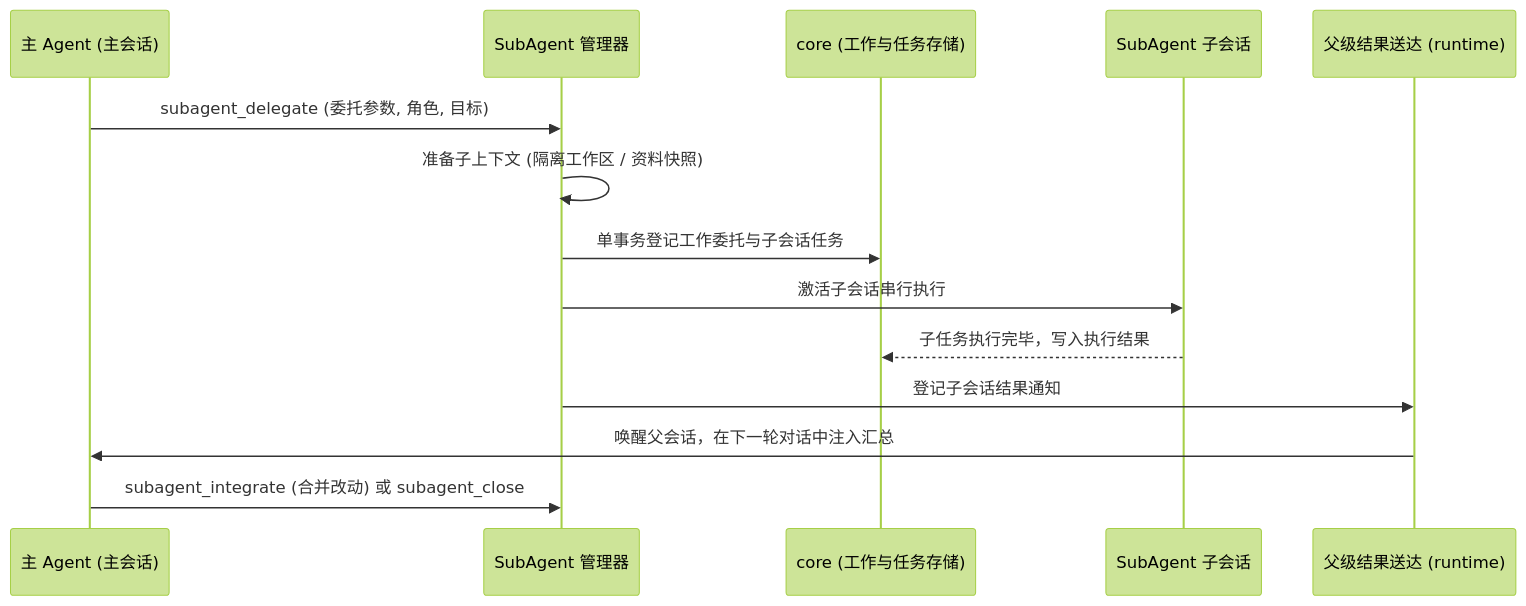
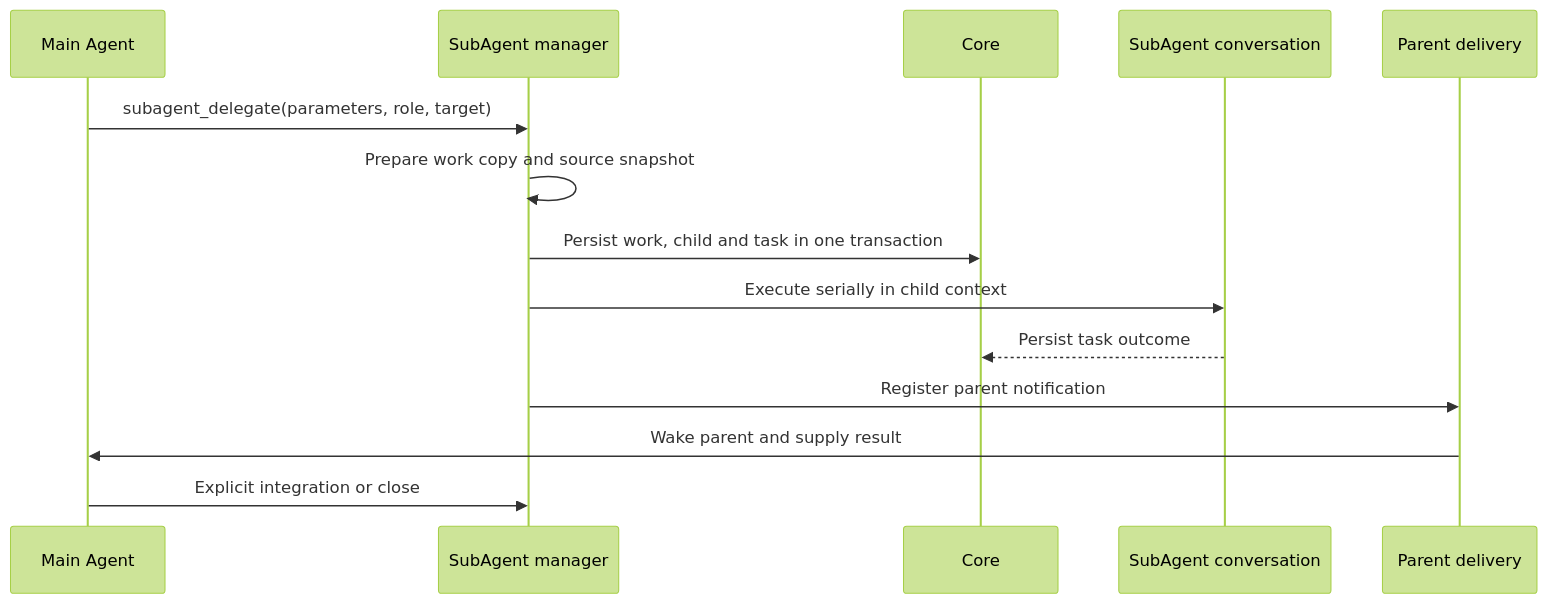
One commit to num-lab/Ruukoto changed the fourth of 4 diagrams in docs/architecture.md. Above: the diagram before and after it, drawn with Mermaid (forest theme). The commit also changed other lines of this file and 3987 other files, not shown here.

````diff
--- a/docs/architecture.md
+++ b/docs/architecture.md
@@ -123,17 +108,16 @@
 ```mermaid
 sequenceDiagram
-  participant Master as 主 Agent (主会话)
-  participant Mgr as SubAgent 管理器
-  participant Store as core (工作与任务存储)
-  participant Sub as SubAgent 子会话
-  participant Delivery as 父级结果送达 (runtime)
-
-  Master->>Mgr: subagent_delegate (委托参数, 角色, 目标)
-  Mgr->>Mgr: 准备子上下文 (隔离工作区 / 资料快照)
-  Mgr->>Store: 单事务登记工作委托与子会话任务
-  Mgr->>Sub: 激活子会话串行执行
-  Sub-->>Store: 子任务执行完毕，写入执行结果
-  Mgr->>Delivery: 登记子会话结果通知
-  Delivery->>Master: 唤醒父会话，在下一轮对话中注入汇总
-  Master->>Mgr: subagent_integrate (合并改动) 或 subagent_close
+  participant Main as Main Agent
+  participant Manager as SubAgent manager
+  participant Store as Core
+  participant Sub as SubAgent conversation
+  participant Delivery as Parent delivery
+  Main->>Manager: subagent_delegate(parameters, role, target)
+  Manager->>Manager: Prepare work copy and source snapshot
+  Manager->>Store: Persist work, child and task in one transaction
+  Manager->>Sub: Execute serially in child context
+  Sub-->>Store: Persist task outcome
+  Manager->>Delivery: Register parent notification
+  Delivery->>Main: Wake parent and supply result
+  Main->>Manager: Explicit integration or close
 ```
````
